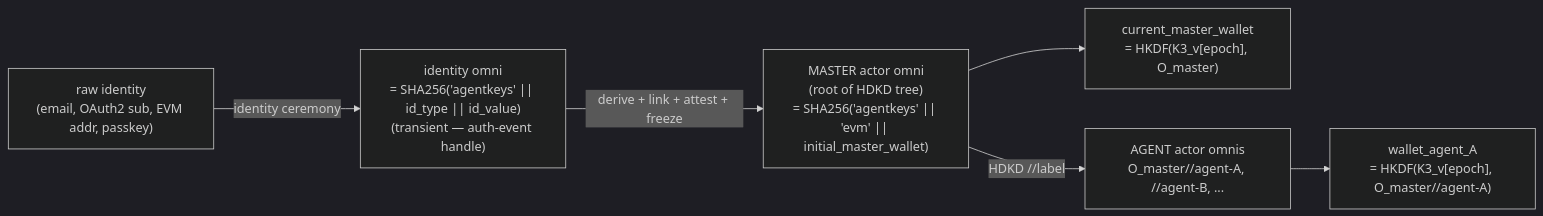
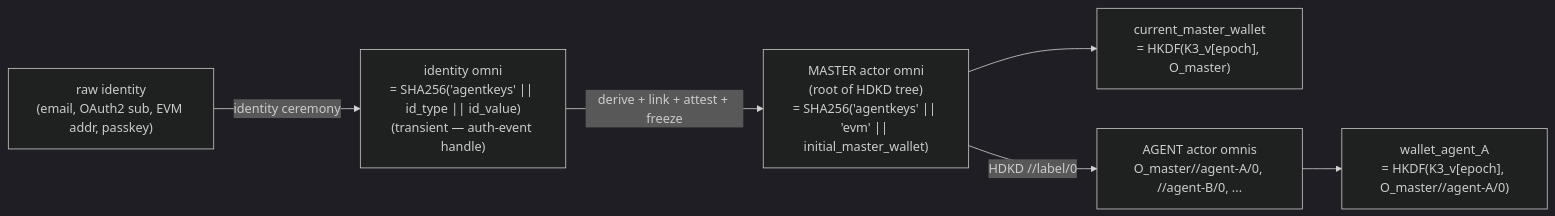
One commit to joker4002/agentKeys changed the third of 6 diagrams in docs/arch.md. Above: the diagram before and after it, drawn with Mermaid (dark theme). The commit also changed other lines of this file and 5 other files, not shown here.

````diff
--- a/docs/arch.md
+++ b/docs/arch.md
@@ -267,15 +267,15 @@
 ```mermaid
 flowchart LR
   ID["raw identity<br/>(email, OAuth2 sub, EVM addr, passkey)"]
   ID_OMNI["identity omni<br/>= SHA256('agentkeys' || id_type || id_value)<br/>(transient — auth-event handle)"]
   M_OMNI["MASTER actor omni<br/>(root of HDKD tree)<br/>= SHA256('agentkeys' || 'evm' || initial_master_wallet)"]
   M_WALLET["current_master_wallet<br/>= HKDF(K3_v[epoch], O_master)"]
-  A_OMNI["AGENT actor omnis<br/>O_master//agent-A, //agent-B, ..."]
-  A_WALLET["wallet_agent_A<br/>= HKDF(K3_v[epoch], O_master//agent-A)"]
+  A_OMNI["AGENT actor omnis<br/>O_master//agent-A/0, //agent-B/0, ..."]
+  A_WALLET["wallet_agent_A<br/>= HKDF(K3_v[epoch], O_master//agent-A/0)"]
 
   ID -->|identity ceremony| ID_OMNI
   ID_OMNI -->|derive + link + attest + freeze| M_OMNI
   M_OMNI --> M_WALLET
-  M_OMNI -->|HDKD //label| A_OMNI
+  M_OMNI -->|HDKD //label/0| A_OMNI
   A_OMNI --> A_WALLET
 ```
````
